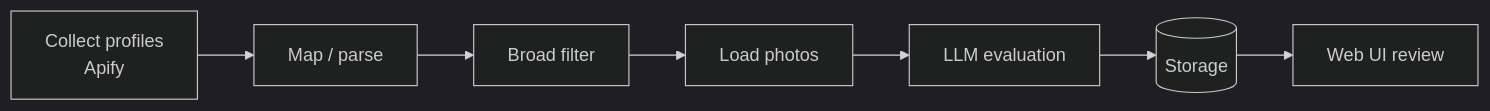
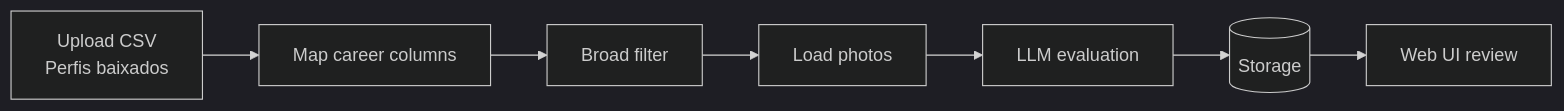
Before and after one commit to EduardoDSarno/linkedlnhelper-lead-filtering: the diagram in README.md, drawn with Mermaid (dark theme). The commit also changed other lines of this file and 3 other files, not shown here.

````diff
--- a/README.md
+++ b/README.md
@@ -35,9 +35,9 @@
   ```mermaid
   flowchart LR
-      A[Collect profiles<br/>Apify] --> B[Map / parse]
+      A[Upload CSV<br/>Perfis baixados] --> B[Map career columns]
       B --> C[Broad filter]
       C --> D[Load photos]
       D --> E[LLM evaluation]
       E --> F[(Storage)]
       F --> G[Web UI review]
   ```
````
